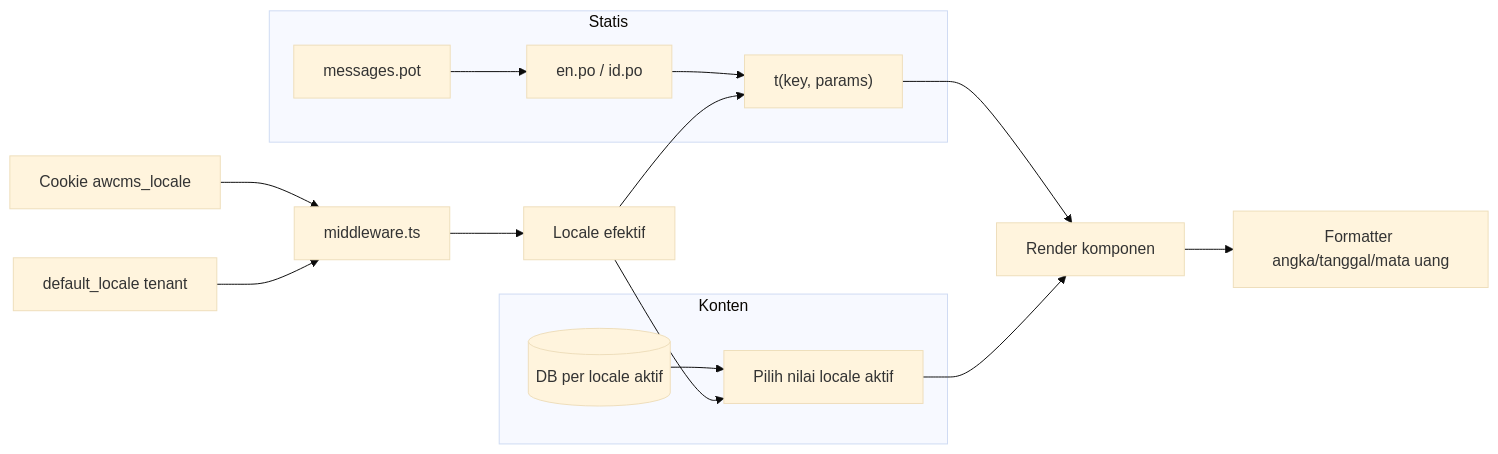
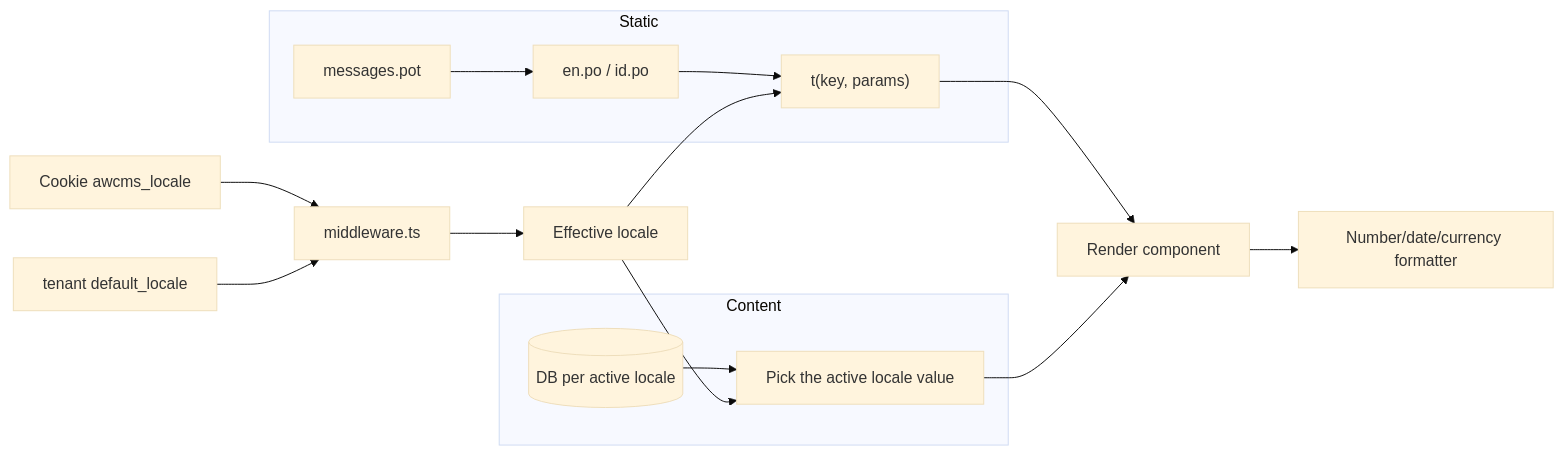
Before and after one commit to ahliweb/awcms: the fourth of 4 diagrams in docs/awcms/14_ui_ux_design_system.md, drawn with Mermaid (base theme). The commit also changed other lines of this file and 603 other files, not shown here.

````diff
--- a/docs/awcms/14_ui_ux_design_system.md
+++ b/docs/awcms/14_ui_ux_design_system.md
@@ -331,18 +333,18 @@
 ```mermaid
 flowchart LR
-  subgraph Statis
+  subgraph Static
     POT[messages.pot] --> PO[en.po / id.po]
     PO --> T["t(key, params)"]
   end
-  subgraph Konten
-    DB[(DB per locale aktif)] --> Pick[Pilih nilai locale aktif]
+  subgraph Content
+    DB[(DB per active locale)] --> Pick[Pick the active locale value]
   end
   Cookie[Cookie awcms_locale] --> Mid[middleware.ts]
-  Tenant[default_locale tenant] --> Mid
-  Mid --> Loc[Locale efektif]
+  Tenant[tenant default_locale] --> Mid
+  Mid --> Loc[Effective locale]
   Loc --> T
   Loc --> Pick
-  T --> Render[Render komponen]
+  T --> Render[Render component]
   Pick --> Render
-  Render --> Fmt[Formatter angka/tanggal/mata uang]
+  Render --> Fmt[Number/date/currency formatter]
 ```
````
